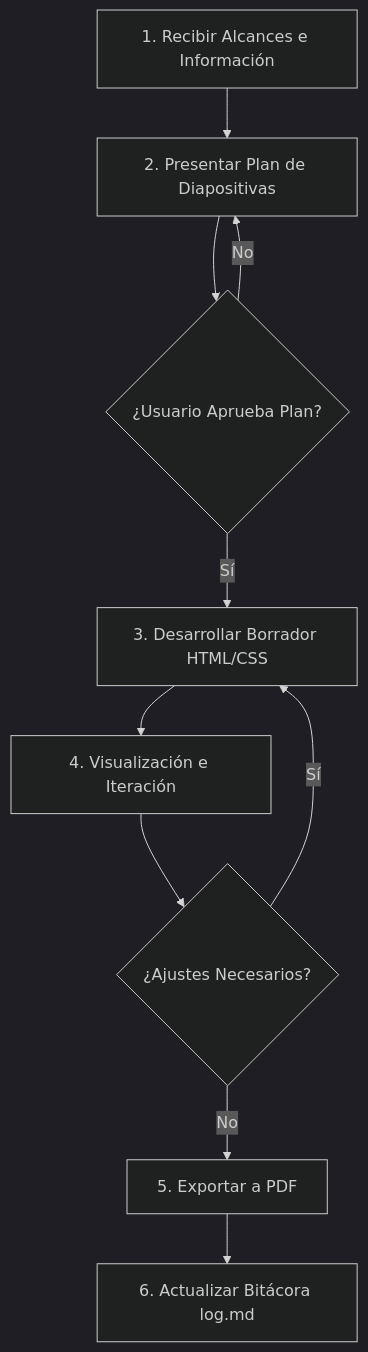
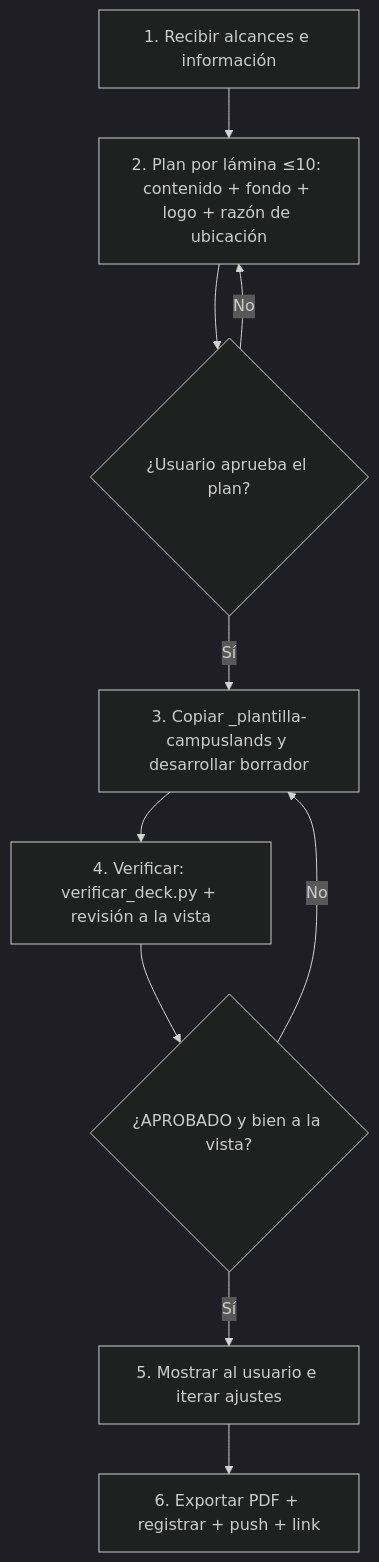
One commit to GustavoAdolfoNavarroPacheco/FullService-Agents changed the diagram in PresentationsDesigner/wiki/flujo-trabajo.md. Above: the diagram before and after it, drawn with Mermaid (dark theme). The commit also changed other lines of this file and 35 other files, not shown here.

````diff
--- a/PresentationsDesigner/wiki/flujo-trabajo.md
+++ b/PresentationsDesigner/wiki/flujo-trabajo.md
@@ -9,12 +9,12 @@
 ```mermaid
 graph TD
-    A[1. Recibir Alcances e Información] --> B[2. Presentar Plan de Diapositivas]
-    B --> C{¿Usuario Aprueba Plan?}
+    A[1. Recibir alcances e información] --> B[2. Plan por lámina ≤10: contenido + fondo + logo + razón de ubicación]
+    B --> C{¿Usuario aprueba el plan?}
     C -- No --> B
-    C -- Sí --> D[3. Desarrollar Borrador HTML/CSS]
-    D --> E[4. Visualización e Iteración]
-    E --> F{¿Ajustes Necesarios?}
-    F -- Sí --> D
-    F -- No --> G[5. Exportar a PDF]
-    G --> H[6. Actualizar Bitácora log.md]
+    C -- Sí --> D[3. Copiar _plantilla-campuslands y desarrollar borrador]
+    D --> V[4. Verificar: verificar_deck.py + revisión a la vista]
+    V --> E{¿APROBADO y bien a la vista?}
+    E -- No --> D
+    E -- Sí --> F[5. Mostrar al usuario e iterar ajustes]
+    F --> G[6. Exportar PDF + registrar + push + link]
 ```
````
